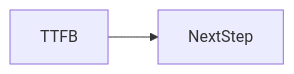
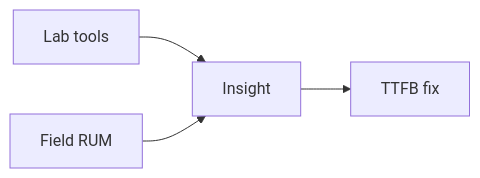
One commit to OmidJavaherii/Frontend-Engineering-Handbook changed the second of 2 diagrams in docs/en/13-performance/ttfb/index.md. Above: the diagram before and after it, drawn with Mermaid. The commit also changed other lines of this file and 461 other files, not shown here.

````diff
--- a/docs/en/13-performance/ttfb/index.md
+++ b/docs/en/13-performance/ttfb/index.md
@@ -95,4 +108,6 @@
 ```mermaid
 flowchart LR
-  concept[TTFB] --> nextStep[NextStep]
+  Lab[Lab tools] --> Insight
+  RUM[Field RUM] --> Insight
+  Insight --> Fix[TTFB fix]
 ```
````
